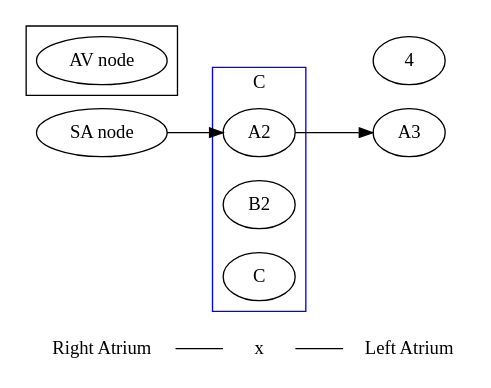
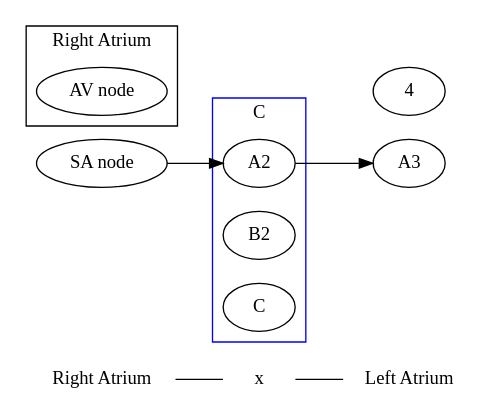
The second of 2 diagrams in NURS380_Practicum/Topics/EKG/EKG and Rhythms.md (meirisoda/school_spring2024), drawn with Graphviz before and after one commit.

Commit message:
vault backup: 2024-02-19 17:45:27

````diff
--- a/NURS380_Practicum/Topics/EKG/EKG and Rhythms.md
+++ b/NURS380_Practicum/Topics/EKG/EKG and Rhythms.md
@@ -209,36 +209,37 @@
 ```dot
 digraph g{
 	rankdir = LR;
 	node [shape = none]
 	1 [label="Right Atrium"];
 	2 [label="x"];
 	3 [label="Left Atrium"];
 	
 	1->2->3[arrowhead=none]
 	
 	node [shape = ellipse]
 	
 	A->A2->A3;
 
 	subgraph cluster0{
 		shape=rect;
 		rank=same;
 		A [label="SA node"];
 		B [label="AV node"];
+		label="Right Atrium";
 	}
 	
 	subgraph cluster1{
 		shape = rect;
 		rank=same;
 		A2;
 		B2;
 		C;
 		color=blue;
 		label="C";
 	}
 	
 	{ rank=same; 1; A;}
 	{ rank=same; 3;}
 	{ rank=same; 4; A3;}
 }
 ```
````
